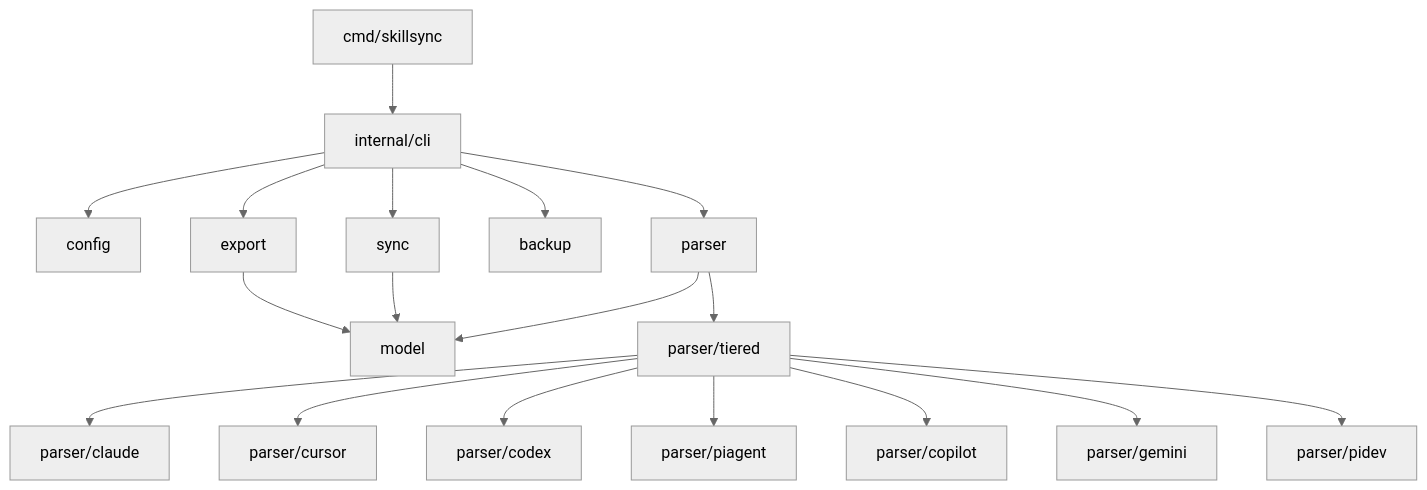
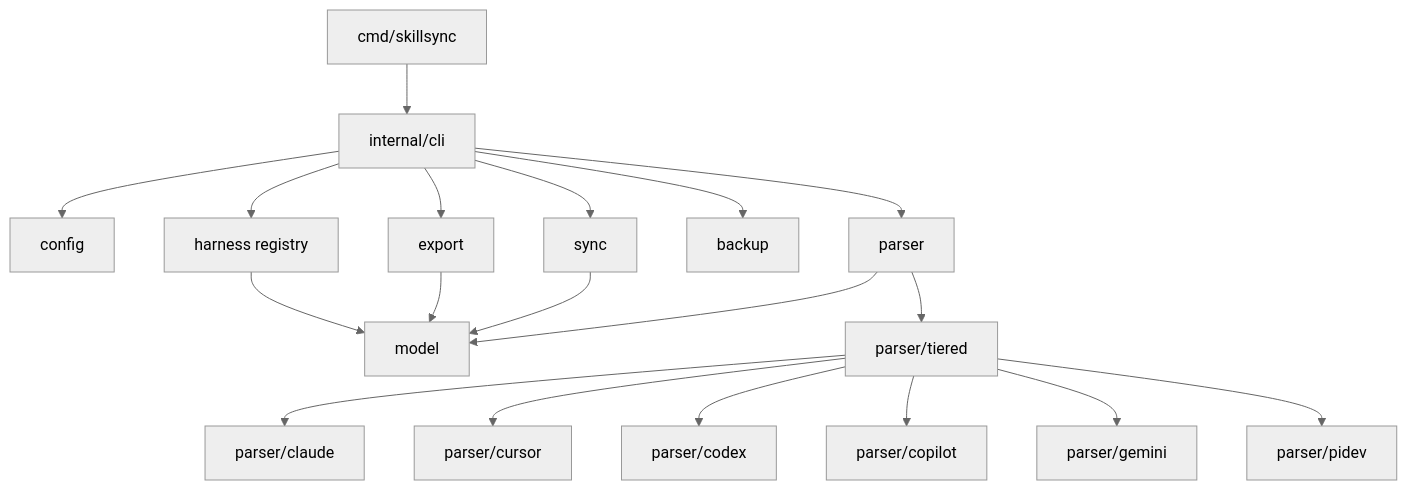
Before and after one commit to klauern/skillsync: the diagram in docs/architecture.md, drawn with Mermaid (neutral theme). The commit also changed other lines of this file and 88 other files, not shown here.

````diff
--- a/docs/architecture.md
+++ b/docs/architecture.md
@@ -5,20 +5,21 @@
 ```mermaid
 graph TD
     cmd[cmd/skillsync] --> cli[internal/cli]
     cli --> config[config]
     cli --> parser[parser]
     cli --> sync[sync]
+    cli --> harness[harness registry]
     cli --> backup[backup]
     cli --> export[export]
     parser --> model[model]
     sync --> model
     export --> model
     parser --> tiered[parser/tiered]
     tiered --> claude[parser/claude]
     tiered --> cursor[parser/cursor]
     tiered --> codex[parser/codex]
-    tiered --> piagent[parser/piagent]
     tiered --> copilot[parser/copilot]
     tiered --> gemini[parser/gemini]
-    tiered --> pidev[parser/pidev]
+    tiered --> pi[parser/pidev]
+    harness --> model
 ```
````
